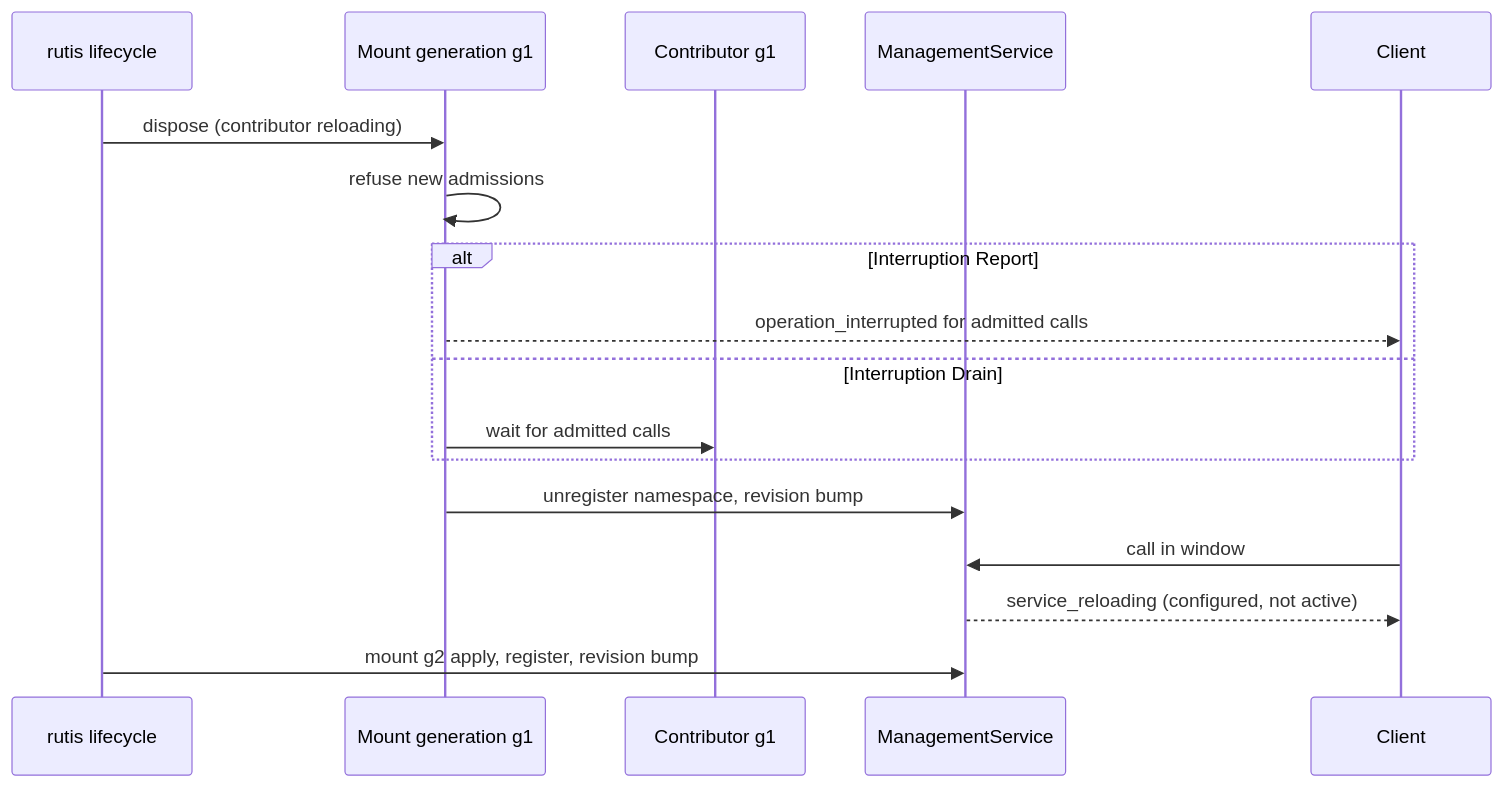
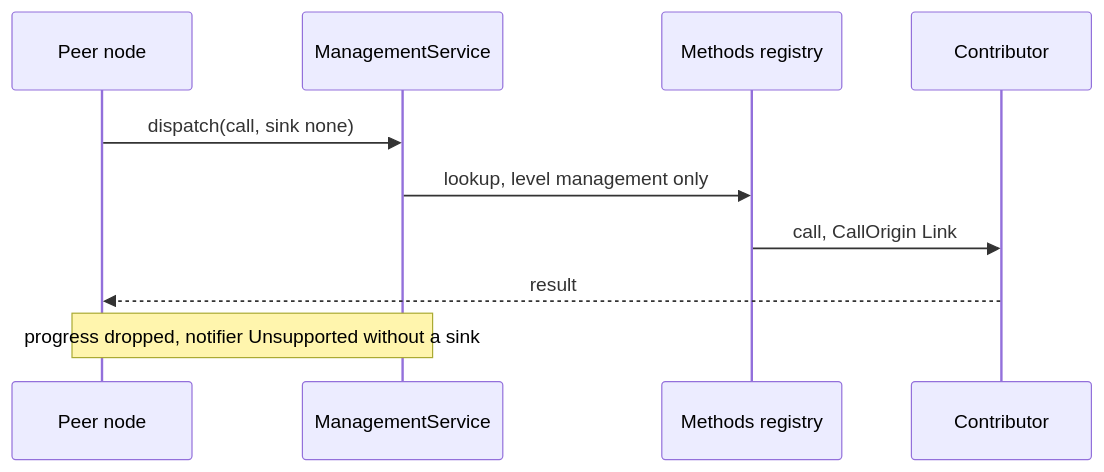
The fourth of 5 diagrams in docs/design/plugins/Management.md (CoutinhoTTS/dim-agent), drawn with Mermaid before and after one commit. The commit also changed other lines of this file and 3 other files, not shown here.

````diff
--- a/docs/design/plugins/Management.md
+++ b/docs/design/plugins/Management.md
@@ -98,19 +85,12 @@
 ```mermaid
 sequenceDiagram
-  participant L as rutis lifecycle
-  participant N as Mount generation g1
-  participant P as Contributor g1
-  participant M as ManagementService
-  participant C as Client
-  L->>N: dispose (contributor reloading)
-  N->>N: refuse new admissions
-  alt Interruption Report
-    N-->>C: operation_interrupted for admitted calls
-  else Interruption Drain
-    N->>P: wait for admitted calls
-  end
-  N->>M: unregister namespace, revision bump
-  C->>M: call in window
-  M-->>C: service_reloading (configured, not active)
-  L->>M: mount g2 apply, register, revision bump
+  participant N as Peer node
+  participant MS as ManagementService
+  participant M as Methods registry
+  participant P as Contributor
+  N->>MS: dispatch(call, sink none)
+  MS->>M: lookup, level management only
+  M->>P: call, CallOrigin Link
+  P-->>N: result
+  Note over N,MS: progress dropped, notifier Unsupported without a sink
 ```
````
